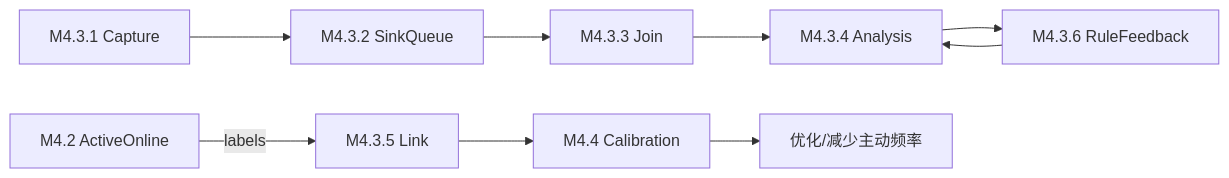
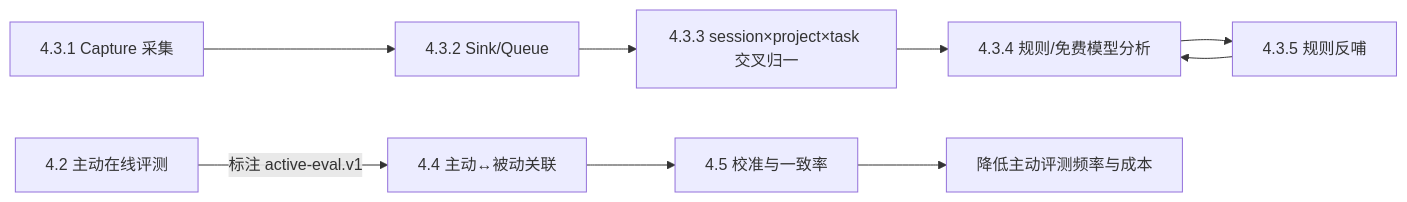
The second of 2 diagrams in docs/ARCHITECTURE-INDEX.md (Bruce-Yii/gemini-mcp-gateway), drawn with Mermaid before and after one commit. The commit also changed other lines of this file and 6 other files, not shown here.

Commit message:
docs(arch): [云端总控] consolidate architecture docs into progressive index

````diff
--- a/docs/ARCHITECTURE-INDEX.md
+++ b/docs/ARCHITECTURE-INDEX.md
@@ -77,11 +137,11 @@
 ```mermaid
 graph LR
-  A[M4.2 ActiveOnline] -->|labels| L[M4.3.5 Link]
-  C1[M4.3.1 Capture] --> C2[M4.3.2 SinkQueue]
-  C2 --> C3[M4.3.3 Join]
-  C3 --> C4[M4.3.4 Analysis]
-  C4 --> R[M4.3.6 RuleFeedback]
-  L --> CAL[M4.4 Calibration]
+  A[4.2 主动在线评测] -->|标注 active-eval.v1| L[4.4 主动↔被动关联]
+  C1[4.3.1 Capture 采集] --> C2[4.3.2 Sink/Queue]
+  C2 --> C3[4.3.3 session×project×task 交叉归一]
+  C3 --> C4[4.3.4 规则/免费模型分析]
+  C4 --> R[4.3.5 规则反哺]
+  L --> CAL[4.5 校准与一致率]
   R --> C4
-  CAL --> OPT[优化/减少主动频率]
+  CAL --> OPT[降低主动评测频率与成本]
 ```
````
